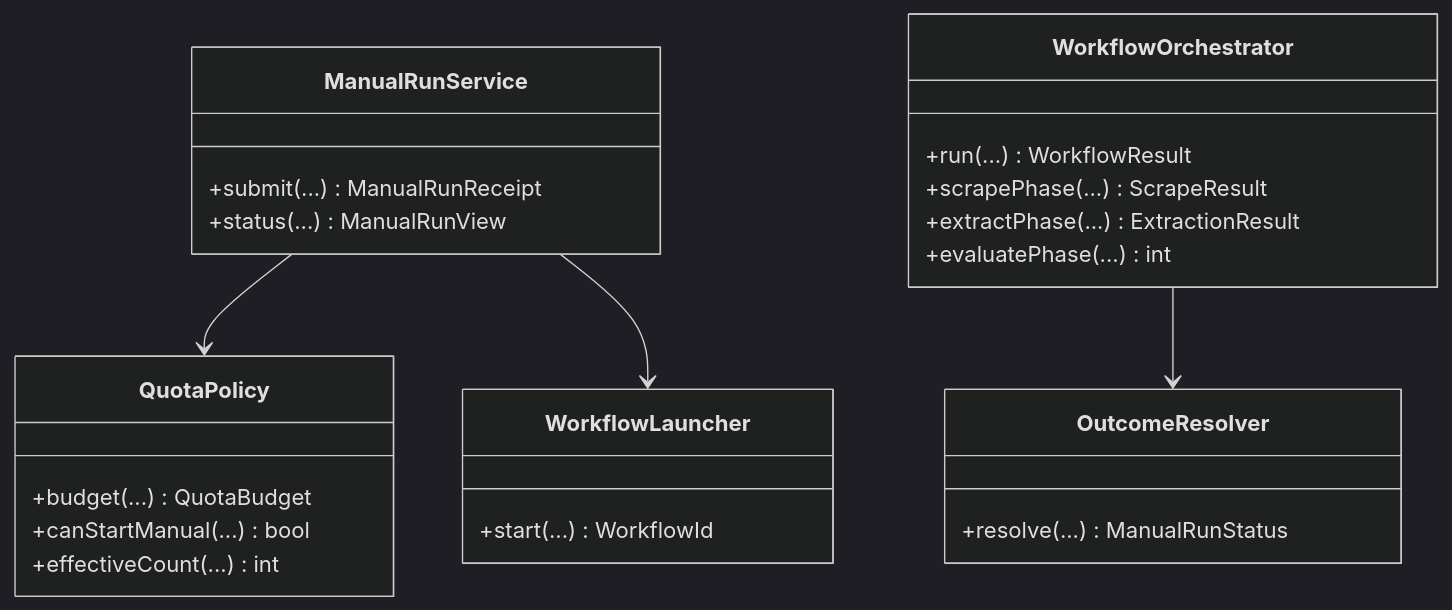
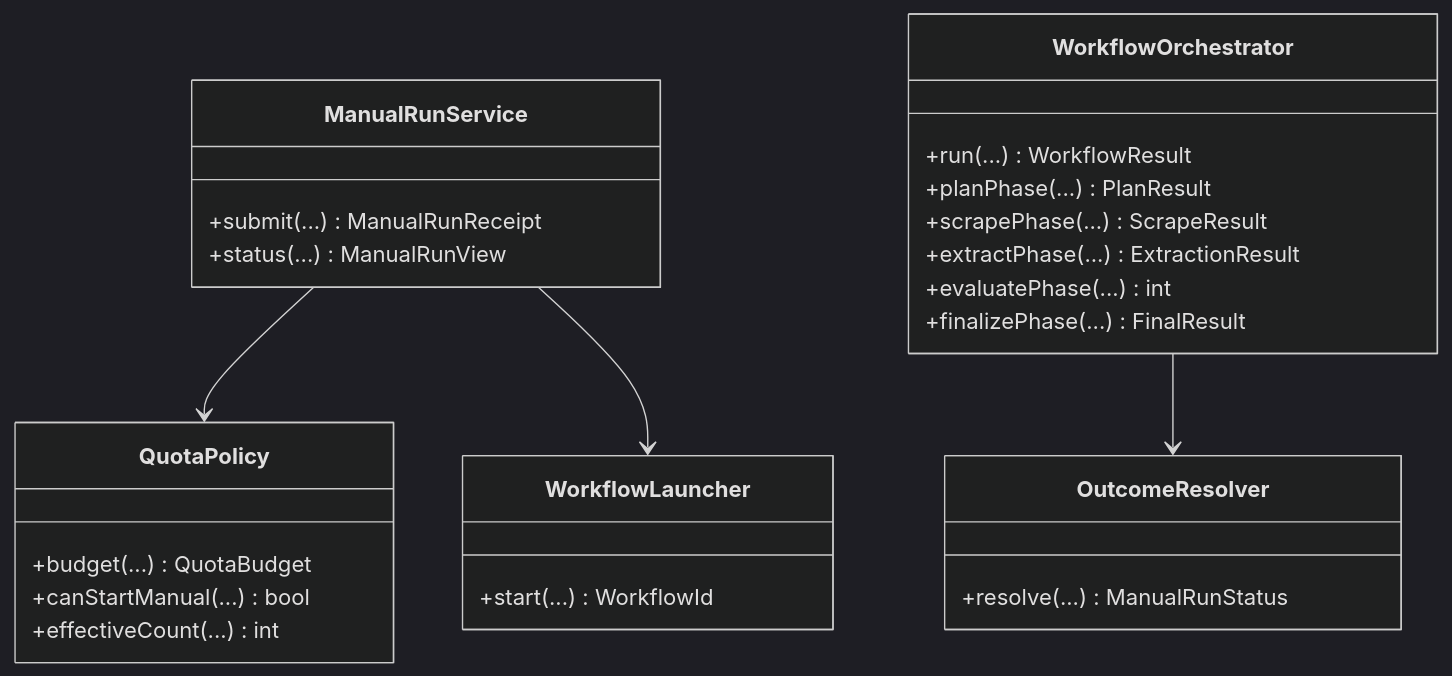
Before and after one commit to f4r6d/divar-housing-finder: the third of 16 diagrams in OOAD_MANUAL_FETCH_FA.md, drawn with Mermaid (dark theme). The commit also changed other lines of this file and 3 other files, not shown here.

````diff
--- a/OOAD_MANUAL_FETCH_FA.md
+++ b/OOAD_MANUAL_FETCH_FA.md
@@ -596,34 +611,36 @@
 ```mermaid
 classDiagram
   direction TB
 
   class ManualRunService {
     +submit(...) ManualRunReceipt
     +status(...) ManualRunView
   }
 
   class QuotaPolicy {
     +budget(...) QuotaBudget
     +canStartManual(...) bool
     +effectiveCount(...) int
   }
 
   class WorkflowLauncher {
     +start(...) WorkflowId
   }
 
   class WorkflowOrchestrator {
     +run(...) WorkflowResult
+    +planPhase(...) PlanResult
     +scrapePhase(...) ScrapeResult
     +extractPhase(...) ExtractionResult
     +evaluatePhase(...) int
+    +finalizePhase(...) FinalResult
   }
 
   class OutcomeResolver {
     +resolve(...) ManualRunStatus
   }
 
   ManualRunService --> QuotaPolicy
   ManualRunService --> WorkflowLauncher
   WorkflowOrchestrator --> OutcomeResolver
 ```
````
